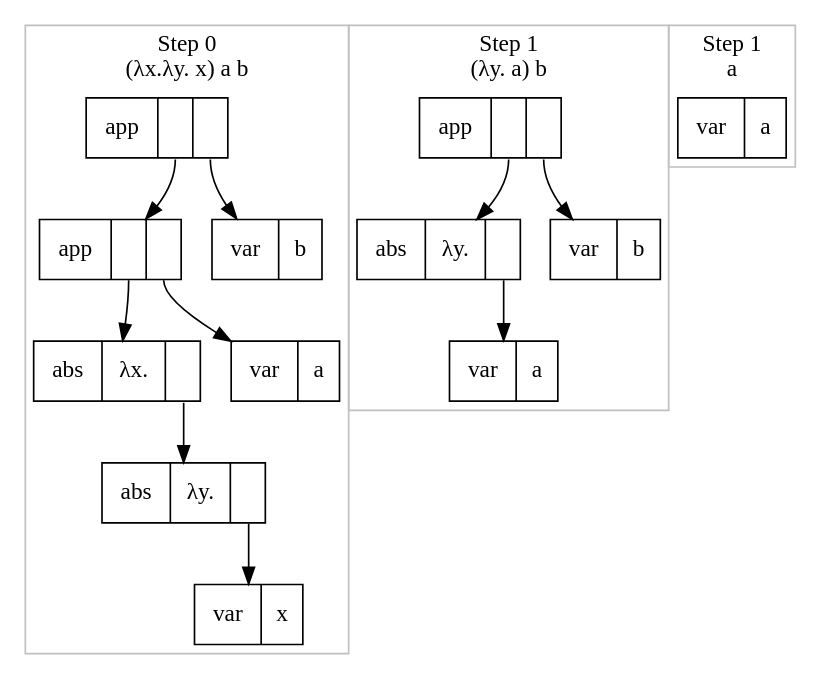
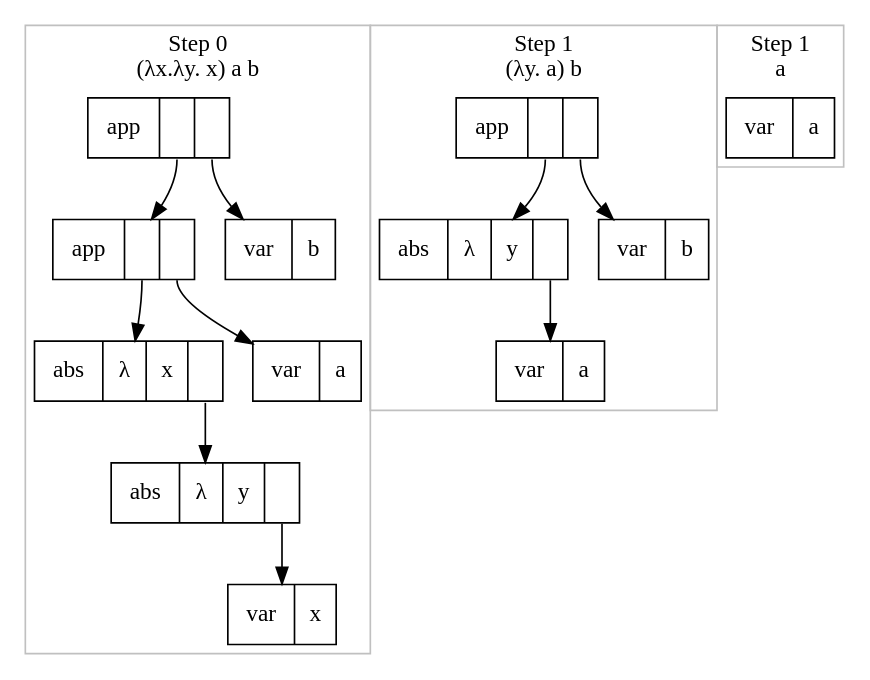
One commit to LuCEresearchlab/sound-notional-machines changed the diagram in lambda/diagrams/takeFirstWithLabels.dot. Above: the diagram before and after it, drawn with Graphviz. The commit also changed 10 other files, not shown here.

```diff
--- a/lambda/diagrams/takeFirstWithLabels.dot
+++ b/lambda/diagrams/takeFirstWithLabels.dot
@@ -1,40 +1,40 @@
 digraph takeFirst {
   pad="0,0"
   margin="0,0"
   subgraph cluster0 {
     margin="5,5"
     color="#c0c0c0"
     label="Step 0\n(λx.λy. x) a b"
     s0appb [label="app|<h0>|<h1>",shape=record]
     s0appa [label="app|<h0>|<h1>",shape=record]
-    s0absx [label="abs|λx.|<h0>",shape=record]
-    s0absy [label="abs|λy.|<h0>",shape=record]
+    s0absx [label="abs|λ|x|<h0>",shape=record]
+    s0absy [label="abs|λ|y|<h0>",shape=record]
     s0varx [label="var|x",shape=record]
     s0vara [label="var|a",shape=record]
     s0varb [label="var|b",shape=record]
     s0appb:h0 -> s0appa
     s0appa:h0 -> s0absx
     s0appa:h1 -> s0vara
     s0absx:h0 -> s0absy
     s0absy:h0 -> s0varx
     s0appb:h1 -> s0varb
   }
   subgraph cluster1 {
     margin="5,5"
     color="#c0c0c0"
     label="Step 1\n(λy. a) b"
     s1appb [label="app|<h0>|<h1>",shape=record]
-    s1absy [label="abs|λy.|<h0>",shape=record]
+    s1absy [label="abs|λ|y|<h0>",shape=record]
     s1vara [label="var|a",shape=record]
     s1varb [label="var|b",shape=record]
     s1appb:h0 -> s1absy
     s1absy:h0 -> s1vara
     s1appb:h1 -> s1varb
   }
   subgraph cluster2 {
     margin="5,5"
     color="#c0c0c0"
     label="Step 1\na"
     s2vara [label="var|a",shape=record]
   }
 }
```
